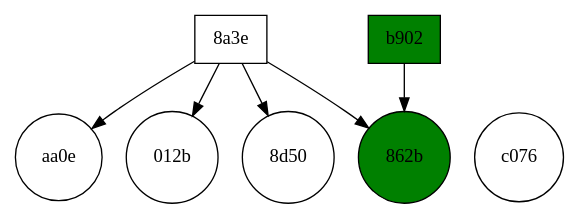
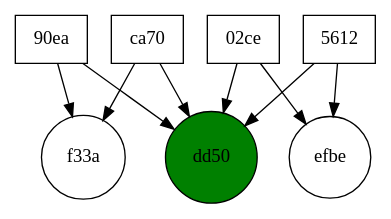
Before and after one commit to ziyadalrasbi/F20SC-CW2: the diagram in doctest-output/visitor.gv, drawn with Graphviz. The commit also changed 1 other file, not shown here.

```diff
--- a/doctest-output/visitor.gv
+++ b/doctest-output/visitor.gv
@@ -1,21 +1,31 @@
 digraph visitor {
 	graph [rank=min]
 	node [shape=rectangle]
-	"3c01241d5c3a8a3e" [label="8a3e" fillcolor=white shape=rectangle style=filled]
-	"3c01241d5c3a8a3e" -> "140310165657-0000000068d21bb99dec3ad6ee60aa0e"
-	"3c01241d5c3a8a3e" -> "140310171030-000000008b8d98e95ac0797e7fdb012b"
-	"3c01241d5c3a8a3e" -> "140310171202-000000002e5a8ff1f577548fec708d50"
-	"3c01241d5c3a8a3e" -> "140310170010-0000000067dc80801f1df696ae52862b"
-	"4065369dbee2b902" [label=b902 fillcolor=green shape=rectangle style=filled]
-	"4065369dbee2b902" -> "140310170010-0000000067dc80801f1df696ae52862b"
+	"3d829216172e02ce" [label="02ce" fillcolor=white shape=rectangle style=filled]
+	"3d829216172e02ce" -> "140213232558-bdd53a3a2ae91f2c5f951187668edd50"
+	"3d829216172e02ce" -> "140227013556-da667d2f4032e14a0808c5ae64fbefbe"
+	"43f2f9d34fa890ea" [label="90ea" fillcolor=white shape=rectangle style=filled]
+	"43f2f9d34fa890ea" -> "140213232558-bdd53a3a2ae91f2c5f951187668edd50"
+	"43f2f9d34fa890ea" -> "140122212305-a9c8d5261144dc049258d07f4820f33a"
+	a24d810a16b05612 [label=5612 fillcolor=white shape=rectangle style=filled]
+	a24d810a16b05612 -> "140213232558-bdd53a3a2ae91f2c5f951187668edd50"
+	a24d810a16b05612 -> "140227013556-da667d2f4032e14a0808c5ae64fbefbe"
+	"4a1ac68aba36ca70" [label=ca70 fillcolor=white shape=rectangle style=filled]
+	"4a1ac68aba36ca70" -> "140213232558-bdd53a3a2ae91f2c5f951187668edd50"
+	"4a1ac68aba36ca70" -> "140122212305-a9c8d5261144dc049258d07f4820f33a"
 	subgraph document {
 		graph [rank=max]
 		node [shape=circle]
-		"140310171030-000000008b8d98e95ac0797e7fdb012b" [label="012b" fillcolor=white shape=circle style=filled]
-		"140310171114-00000000950ae9deb4faca996b0ec076" [label=c076 fillcolor=white shape=circle style=filled]
-		"140310170010-0000000067dc80801f1df696ae52862b" [label="862b" fillcolor=green shape=circle style=filled]
-		"140310165657-0000000068d21bb99dec3ad6ee60aa0e" [label=aa0e fillcolor=white shape=circle style=filled]
-		"140310171030-000000008b8d98e95ac0797e7fdb012b" [label="012b" fillcolor=white shape=circle style=filled]
-		"140310171202-000000002e5a8ff1f577548fec708d50" [label="8d50" fillcolor=white shape=circle style=filled]
+		"140213232558-bdd53a3a2ae91f2c5f951187668edd50" [label=dd50 fillcolor=green shape=circle style=filled]
+		"140227013556-da667d2f4032e14a0808c5ae64fbefbe" [label=efbe fillcolor=white shape=circle style=filled]
+		"140122212305-a9c8d5261144dc049258d07f4820f33a" [label=f33a fillcolor=white shape=circle style=filled]
+		"140227013556-da667d2f4032e14a0808c5ae64fbefbe" [label=efbe fillcolor=white shape=circle style=filled]
+		"140122212305-a9c8d5261144dc049258d07f4820f33a" [label=f33a fillcolor=white shape=circle style=filled]
+		"140227013556-da667d2f4032e14a0808c5ae64fbefbe" [label=efbe fillcolor=white shape=circle style=filled]
+		"140122212305-a9c8d5261144dc049258d07f4820f33a" [label=f33a fillcolor=white shape=circle style=filled]
+		"140227013556-da667d2f4032e14a0808c5ae64fbefbe" [label=efbe fillcolor=white shape=circle style=filled]
+		"140122212305-a9c8d5261144dc049258d07f4820f33a" [label=f33a fillcolor=white shape=circle style=filled]
+		"140227013556-da667d2f4032e14a0808c5ae64fbefbe" [label=efbe fillcolor=white shape=circle style=filled]
+		"140122212305-a9c8d5261144dc049258d07f4820f33a" [label=f33a fillcolor=white shape=circle style=filled]
 	}
 }
```
